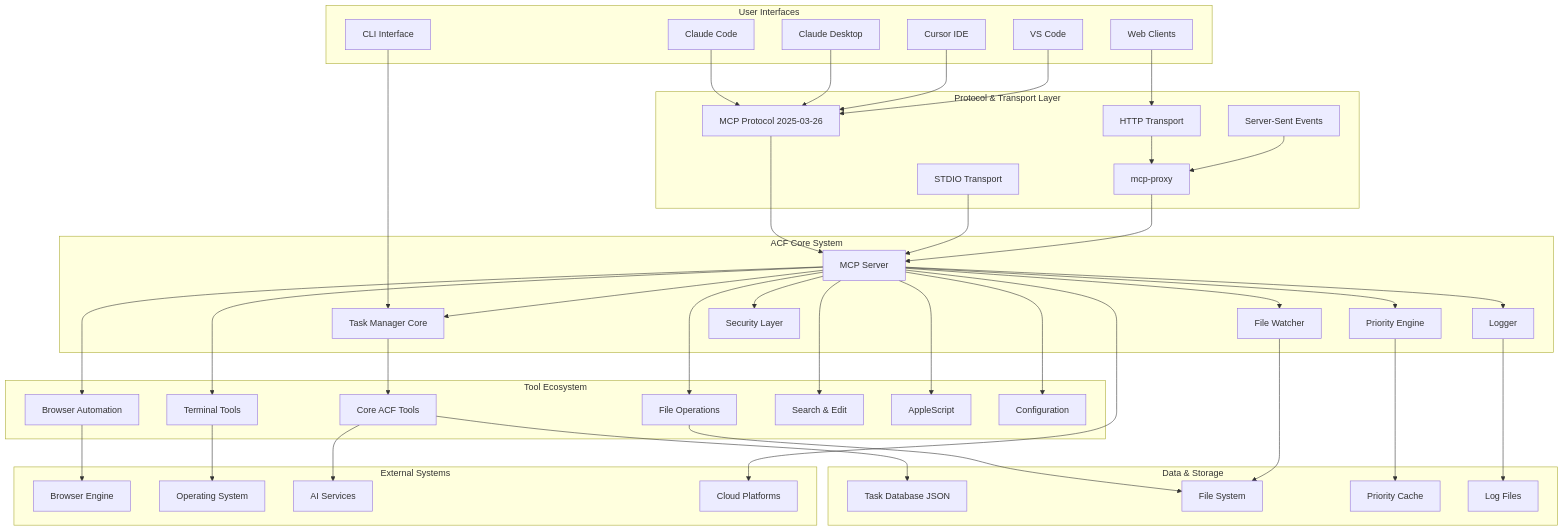
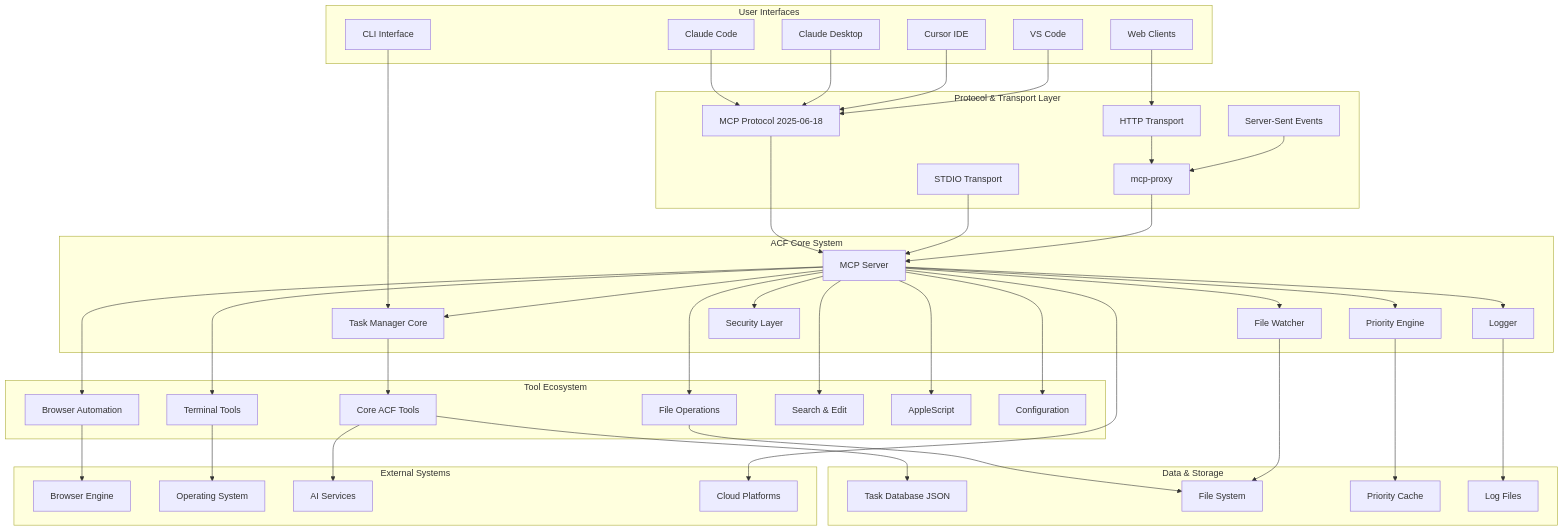
One commit to FutureAtoms/agentic-control-framework changed the first of 12 diagrams in docs/ARCHITECTURE.md. Above: the diagram before and after it, drawn with Mermaid. The commit also changed 15 other files, not shown here.

```diff
--- a/docs/ARCHITECTURE.md
+++ b/docs/ARCHITECTURE.md
@@ -21,7 +21,7 @@
     end
     
     subgraph "Protocol & Transport Layer"
-        MCP[MCP Protocol 2025-03-26]
+        MCP[MCP Protocol 2025-06-18]
         HTTP[HTTP Transport]
         SSE[Server-Sent Events]
         STDIO[STDIO Transport]
```
